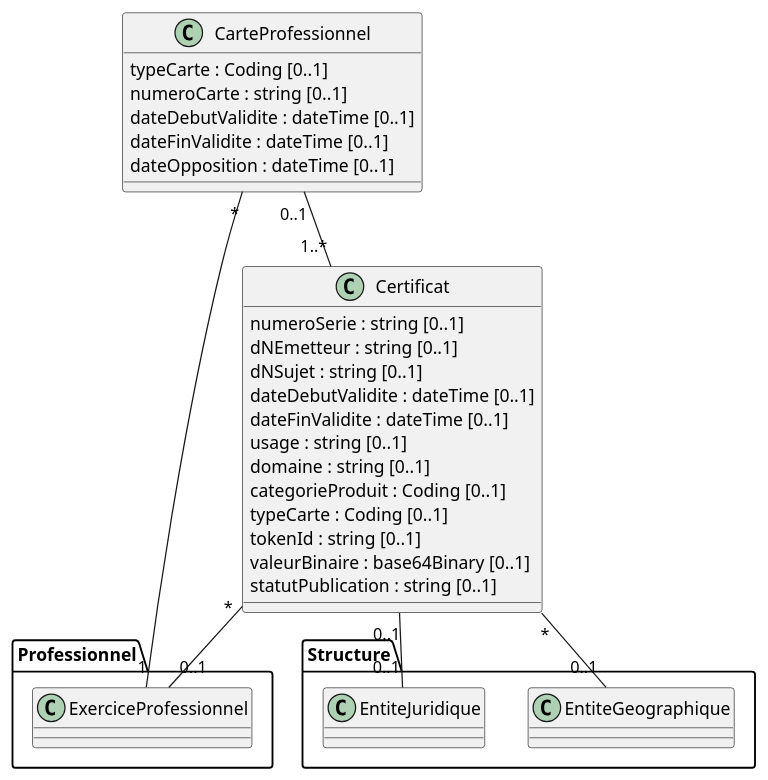
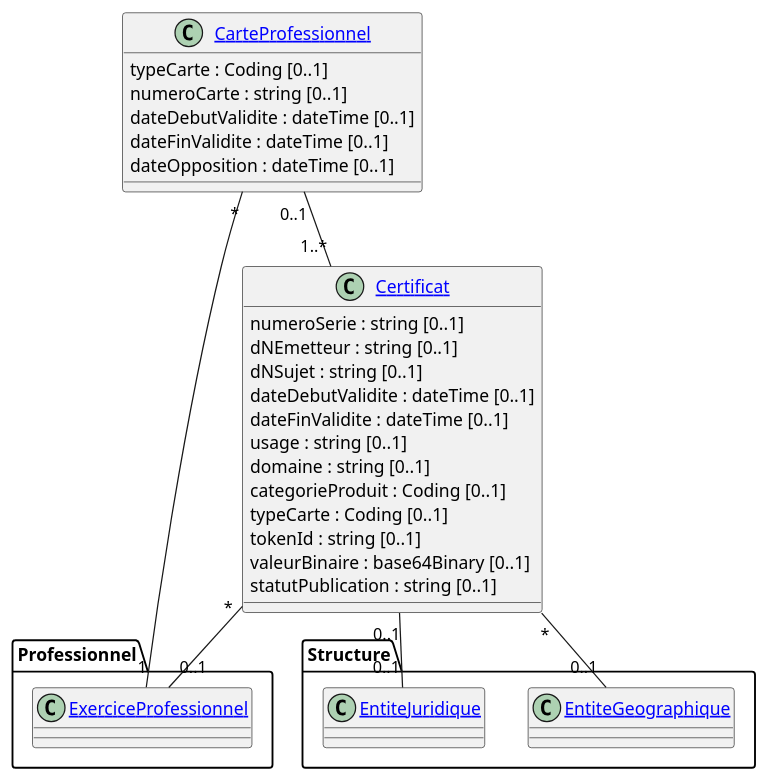
The diagram in input/images-source/Dispositif-dauthentification.plantuml (ansforge/IG-modele-objets-sante), drawn with PlantUML before and after one commit. The commit also changed 14 other files, not shown here.

Commit message:
Classes cliquables diagrammes

```diff
--- a/input/images-source/Dispositif-dauthentification.plantuml
+++ b/input/images-source/Dispositif-dauthentification.plantuml
@@ -1,41 +1,41 @@
 @startuml
 
-Class CarteProfessionnel {
+Class "[[StructureDefinition-CarteProfessionnel.html CarteProfessionnel]]" as CarteProfessionnel {
   typeCarte : Coding [0..1]
   numeroCarte : string [0..1]
   dateDebutValidite : dateTime [0..1]
   dateFinValidite : dateTime [0..1]
   dateOpposition : dateTime [0..1]
 }
 
-Class Certificat {
+Class "[[StructureDefinition-Certificat.html Certificat]]" as Certificat {
   numeroSerie : string [0..1]
   dNEmetteur : string [0..1]
   dNSujet : string [0..1]
   dateDebutValidite : dateTime [0..1]
   dateFinValidite : dateTime [0..1]
   usage : string [0..1]
   domaine : string [0..1]
   categorieProduit : Coding [0..1]
   typeCarte : Coding [0..1]
   tokenId : string [0..1]
   valeurBinaire : base64Binary [0..1]
   statutPublication : string [0..1]
 }
 
 package "Professionnel" as Professionnel_part {
-  Class ExerciceProfessionnel
+  Class "[[StructureDefinition-ExerciceProfessionnel.html ExerciceProfessionnel]]" as ExerciceProfessionnel
 }
 
 package "Structure" as Structure_part {
-  Class EntiteGeographique
-  Class EntiteJuridique
+  Class "[[StructureDefinition-EntiteGeographique.html EntiteGeographique]]" as EntiteGeographique
+  Class "[[StructureDefinition-EntiteJuridique.html EntiteJuridique]]" as EntiteJuridique
 }
 
 CarteProfessionnel "*" -- "1" ExerciceProfessionnel
 Certificat "*" -- "0..1" ExerciceProfessionnel
 CarteProfessionnel "0..1" -- "1..*" Certificat
 Certificat "*" -- "0..1" EntiteGeographique
 Certificat "0..1" -- "0..1" EntiteJuridique
 
 @enduml
```
